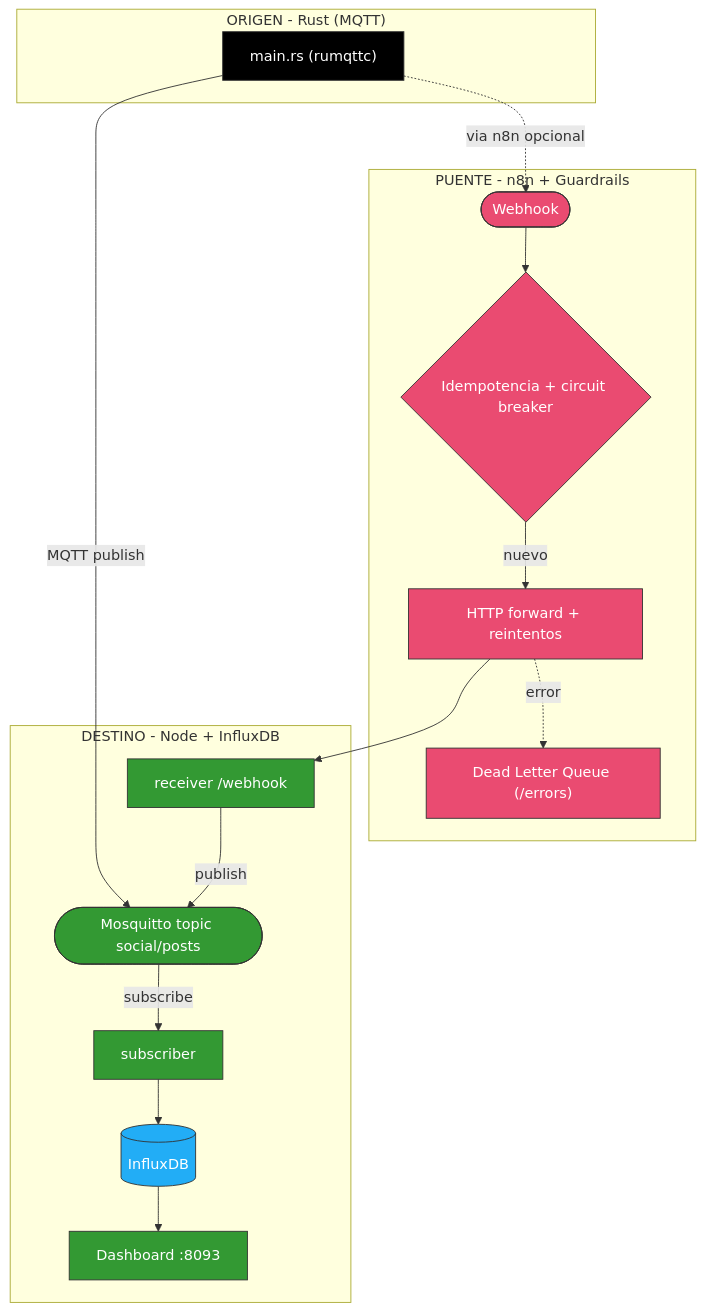
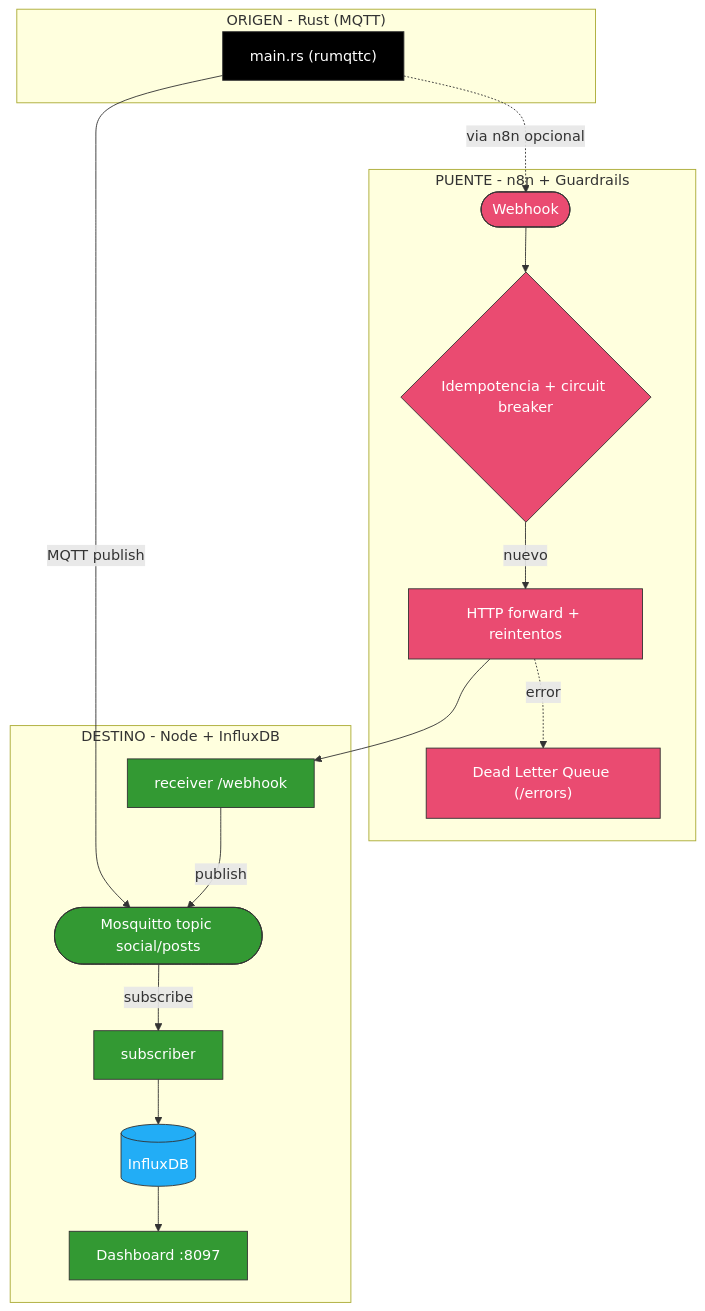
One commit to vladimiracunadev-create/social-bot-scheduler changed the first of 2 diagrams in cases/17-mqtt-rust-to-node/ARCHITECTURE.md. Above: the diagram before and after it, drawn with Mermaid. The commit also changed other lines of this file and 26 other files, not shown here.

````diff
--- a/cases/17-mqtt-rust-to-node/ARCHITECTURE.md
+++ b/cases/17-mqtt-rust-to-node/ARCHITECTURE.md
@@ -29,34 +29,34 @@
 ```mermaid
 %%{init: {'theme':'base','themeVariables':{'fontSize':'26px','fontFamily':'Segoe UI, Arial, sans-serif'},'flowchart':{'useMaxWidth':true,'htmlLabels':false,'nodeSpacing':55,'rankSpacing':70,'padding':16,'diagramPadding':16}}%%
 flowchart TB
     subgraph ORIGIN["ORIGEN - Rust (MQTT)"]
         R["main.rs (rumqttc)"]
     end
 
     subgraph BRIDGE["PUENTE - n8n + Guardrails"]
         C(["Webhook"]) --> IDEM{"Idempotencia + circuit breaker"}
         IDEM -->|nuevo| FWD["HTTP forward + reintentos"]
         FWD -.->|error| DLQ["Dead Letter Queue (/errors)"]
     end
 
     subgraph DEST["DESTINO - Node + InfluxDB"]
         MQ(["Mosquitto topic social/posts"])
         FWD --> REC["receiver /webhook"]
         REC -->|publish| MQ
         MQ -->|subscribe| SINK["subscriber"]
         SINK --> DB[("InfluxDB")]
-        DB --> DASH["Dashboard :8093"]
+        DB --> DASH["Dashboard :8097"]
     end
 
     R -->|MQTT publish| MQ
     R -.->|via n8n opcional| C
 
     classDef origin fill:#000000,stroke:#333,color:#fff
     classDef bridge fill:#EA4B71,stroke:#333,color:#fff
     classDef dest fill:#339933,stroke:#333,color:#fff
     classDef db fill:#22ADF6,stroke:#333,color:#fff
     class R origin
     class C,IDEM,FWD,DLQ bridge
     class REC,SINK,MQ,DASH dest
     class DB db
 ```
````
